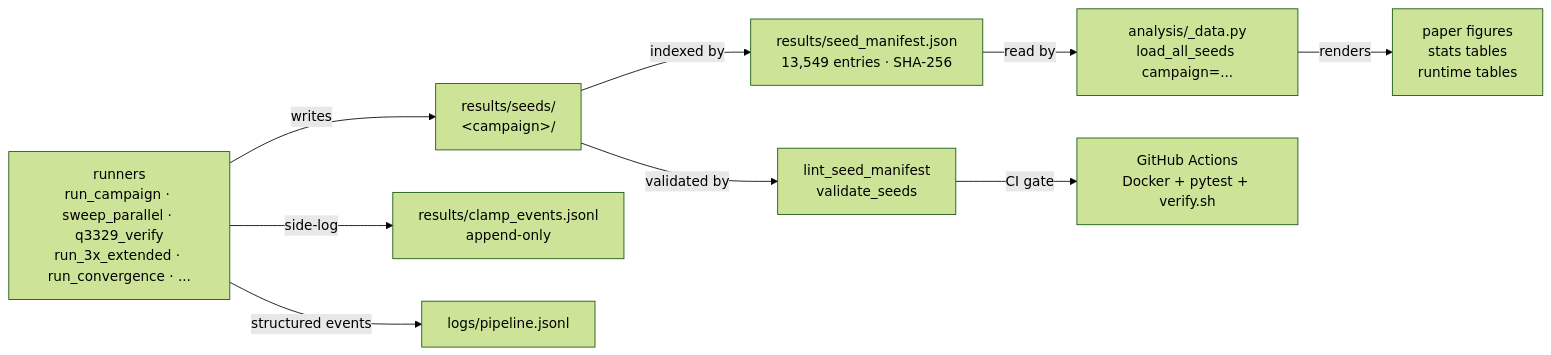
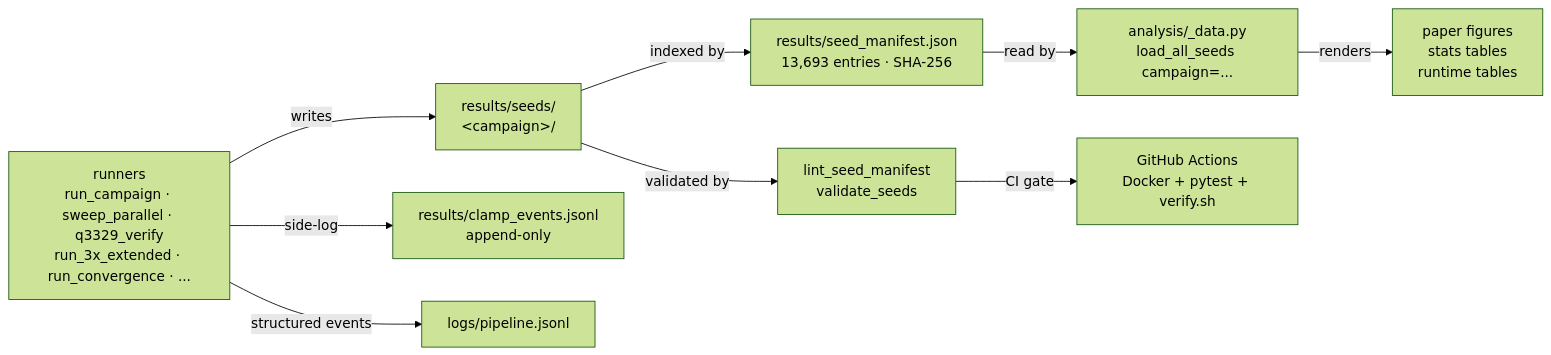
The diagram in README.md (BrendanChambersBourgeois/sdbkz-benchmark), drawn with Mermaid (forest theme) before and after one commit. The commit also changed other lines of this file and 16 other files, not shown here.

````diff
--- a/README.md
+++ b/README.md
@@ -70,11 +69,11 @@
 ```mermaid
 flowchart LR
   A[runners<br/>run_campaign · sweep_parallel · q3329_verify<br/>run_3x_extended · run_convergence · ...] -->|writes| B[results/seeds/<br/>&lt;campaign&gt;/]
-  B -->|indexed by| C[results/seed_manifest.json<br/>13,549 entries · SHA-256]
+  B -->|indexed by| C[results/seed_manifest.json<br/>13,693 entries · SHA-256]
   C -->|read by| D[analysis/_data.py<br/>load_all_seeds campaign=...]
   D -->|renders| E[paper figures<br/>stats tables<br/>runtime tables]
   B -->|validated by| F[lint_seed_manifest<br/>validate_seeds]
   F -->|CI gate| G[GitHub Actions<br/>Docker + pytest + verify.sh]
   A -->|side-log| H[results/clamp_events.jsonl<br/>append-only]
   A -->|structured events| I[logs/pipeline.jsonl]
 ```
````
